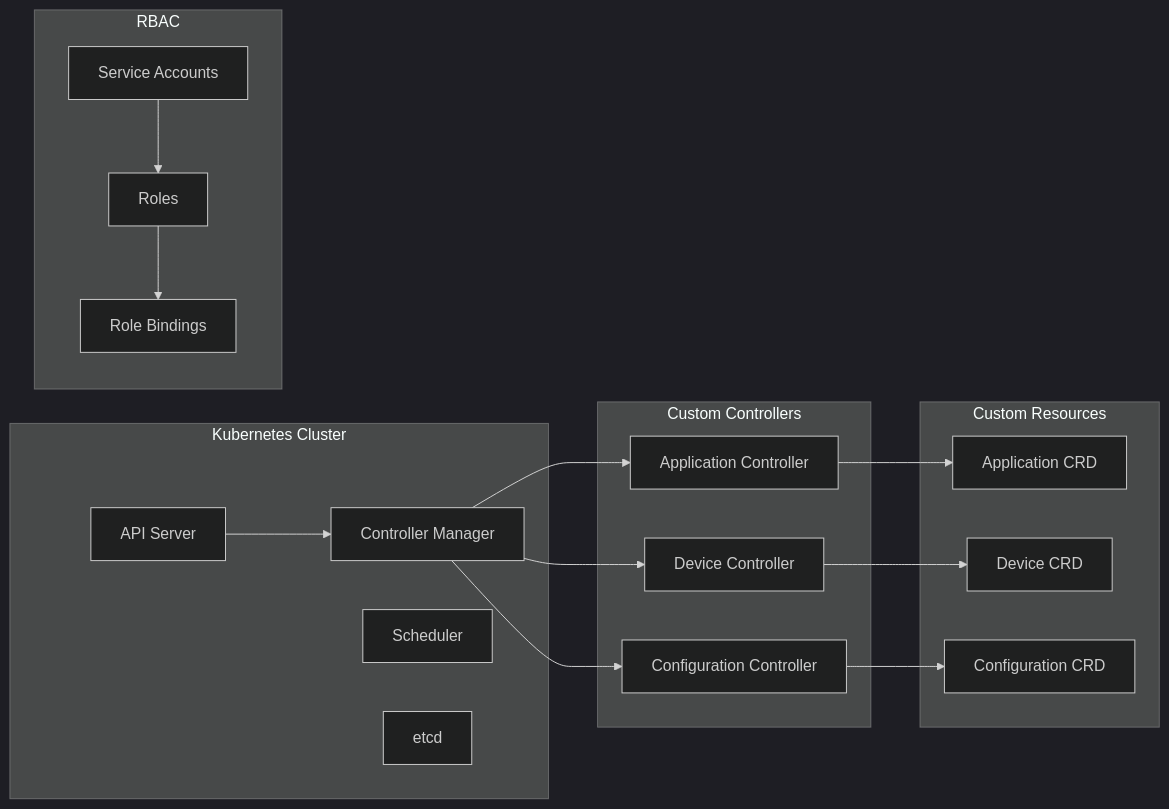
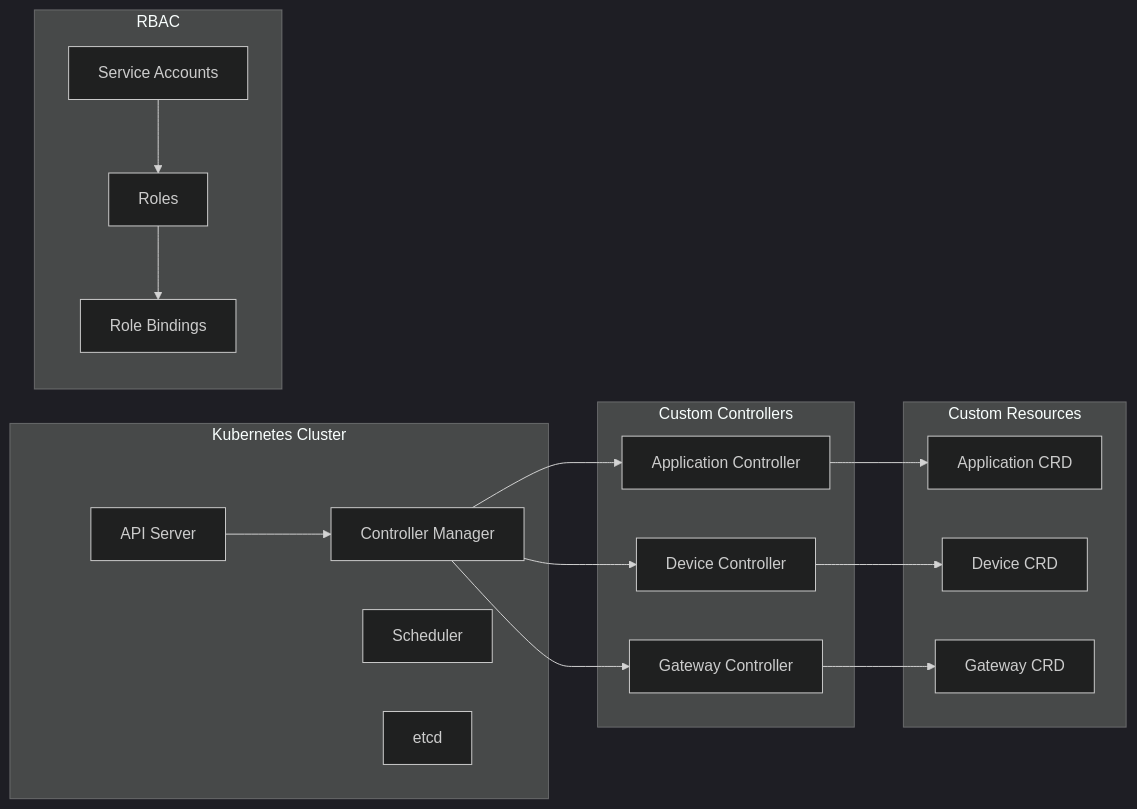
One commit to lucadagati/retrospect changed the second of 4 diagrams in retrospect/docs/architecture/system-overview.md. Above: the diagram before and after it, drawn with Mermaid (dark theme). The commit also changed other lines of this file and 48 other files, not shown here.

````diff
--- a/retrospect/docs/architecture/system-overview.md
+++ b/retrospect/docs/architecture/system-overview.md
@@ -99,39 +66,39 @@
 ```mermaid
 graph LR
     subgraph "Kubernetes Cluster"
         API[API Server]
         CTRL[Controller Manager]
         SCHED[Scheduler]
         ETCD[etcd]
     end
     
     subgraph "Custom Resources"
         APP[Application CRD]
         DEV[Device CRD]
-        CFG[Configuration CRD]
+        GW[Gateway CRD]
     end
     
     subgraph "Custom Controllers"
         APP_CTRL[Application Controller]
         DEV_CTRL[Device Controller]
-        CFG_CTRL[Configuration Controller]
+        GW_CTRL[Gateway Controller]
     end
     
     subgraph "RBAC"
         SA[Service Accounts]
         ROLE[Roles]
         RB[Role Bindings]
     end
     
     API --> CTRL
     CTRL --> APP_CTRL
     CTRL --> DEV_CTRL
-    CTRL --> CFG_CTRL
+    CTRL --> GW_CTRL
     
     APP_CTRL --> APP
     DEV_CTRL --> DEV
-    CFG_CTRL --> CFG
+    GW_CTRL --> GW
     
     SA --> ROLE
     ROLE --> RB
 ```
````
